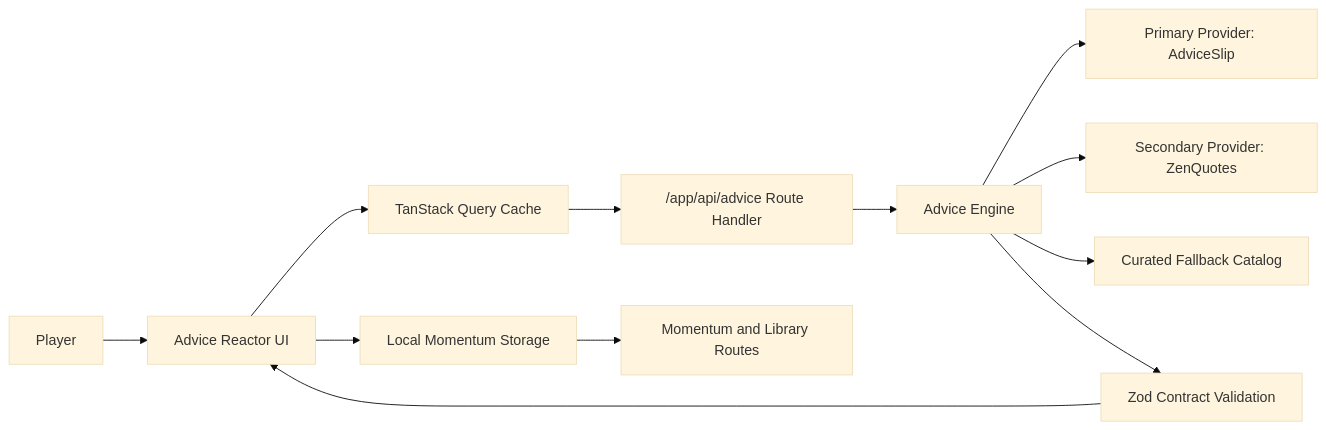
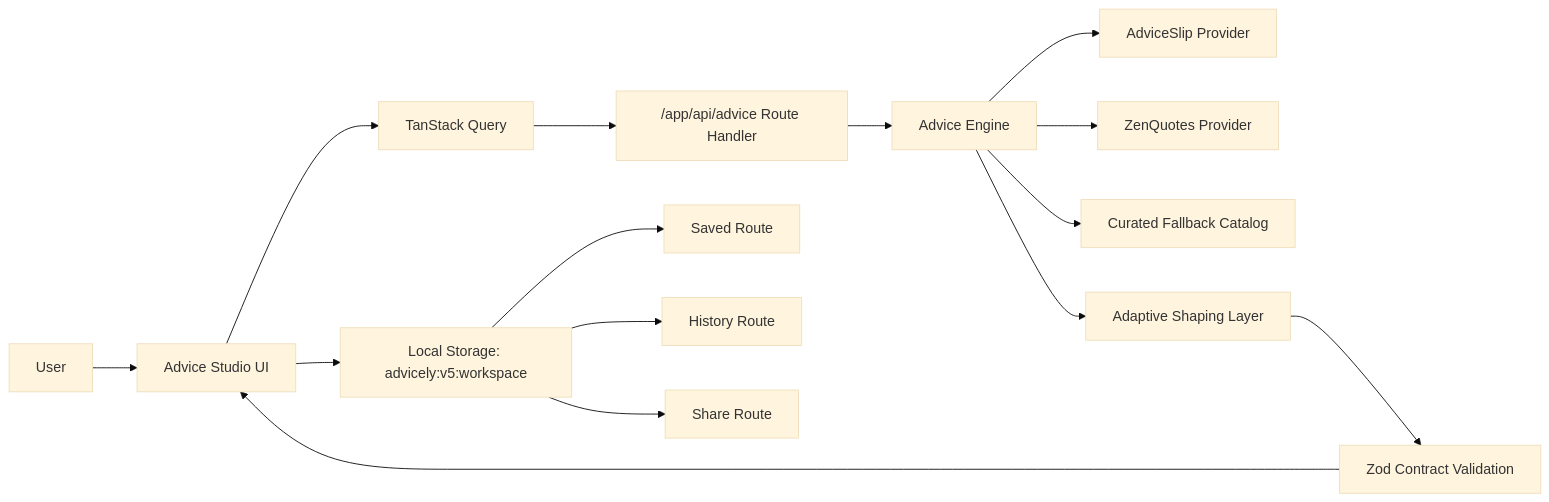
Before and after one commit to AibSyed/advicely: the diagram in README.md, drawn with Mermaid (base theme). The commit also changed other lines of this file and 46 other files, not shown here.

Commit message:
feat: relaunch advicely v5 as utility-first advice studio (#15)

````diff
--- a/README.md
+++ b/README.md
@@ -11,14 +12,17 @@
 ```mermaid
 flowchart LR
-  U["Player"] --> UI["Advice Reactor UI"]
-  UI --> Q["TanStack Query Cache"]
+  U["User"] --> UI["Advice Studio UI"]
+  UI --> Q["TanStack Query"]
   Q --> RH["/app/api/advice Route Handler"]
   RH --> EN["Advice Engine"]
-  EN --> P1["Primary Provider: AdviceSlip"]
-  EN --> P2["Secondary Provider: ZenQuotes"]
+  EN --> P1["AdviceSlip Provider"]
+  EN --> P2["ZenQuotes Provider"]
   EN --> FB["Curated Fallback Catalog"]
-  EN --> VD["Zod Contract Validation"]
-  VD --> UI
-  UI --> LS["Local Momentum Storage"]
-  LS --> MW["Momentum and Library Routes"]
+  EN --> SH["Adaptive Shaping Layer"]
+  SH --> ZD["Zod Contract Validation"]
+  ZD --> UI
+  UI --> LS["Local Storage: advicely:v5:workspace"]
+  LS --> SV["Saved Route"]
+  LS --> HS["History Route"]
+  LS --> SR["Share Route"]
 ```
````
